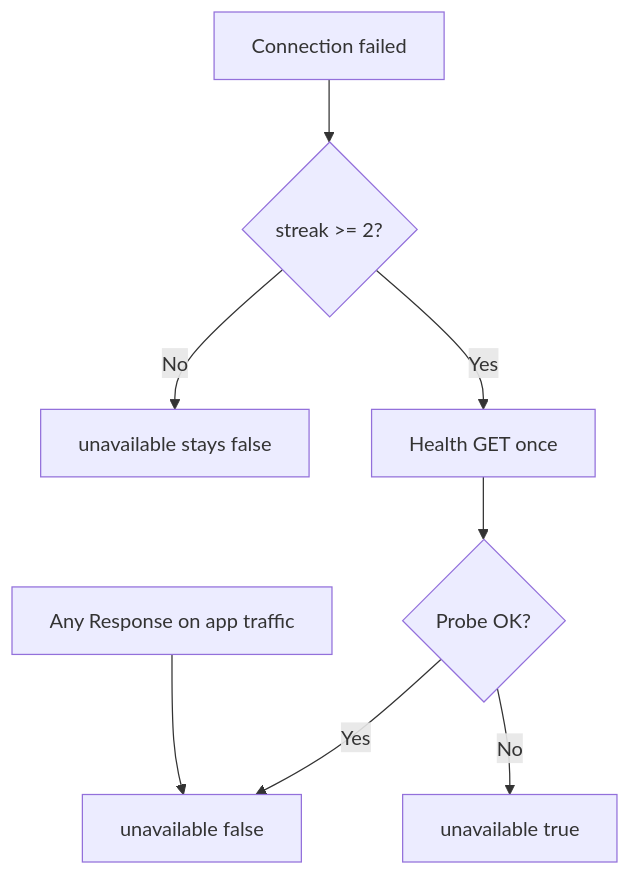
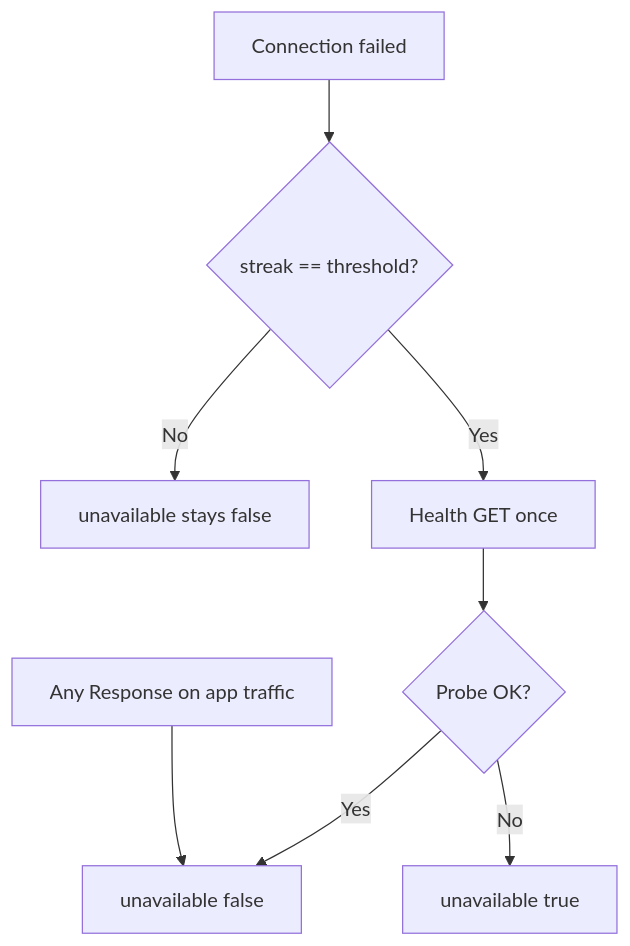
The diagram in src/guides/offline-connectivity-engine/getting-started.md (Underwood-Inc/idling.app__UI), drawn with Mermaid before and after one commit. The commit also changed other lines of this file and 10 other files, not shown here.

````diff
--- a/src/guides/offline-connectivity-engine/getting-started.md
+++ b/src/guides/offline-connectivity-engine/getting-started.md
@@ -28,10 +28,10 @@
 ```mermaid
 flowchart TD
-  A[Connection failed] --> B{streak >= 2?}
+  A[Connection failed] --> B{streak == threshold?}
   B -->|No| C[unavailable stays false]
   B -->|Yes| D[Health GET once]
   D --> E{Probe OK?}
   E -->|Yes| F[unavailable false]
   E -->|No| G[unavailable true]
   H[Any Response on app traffic] --> F
 ```
````
